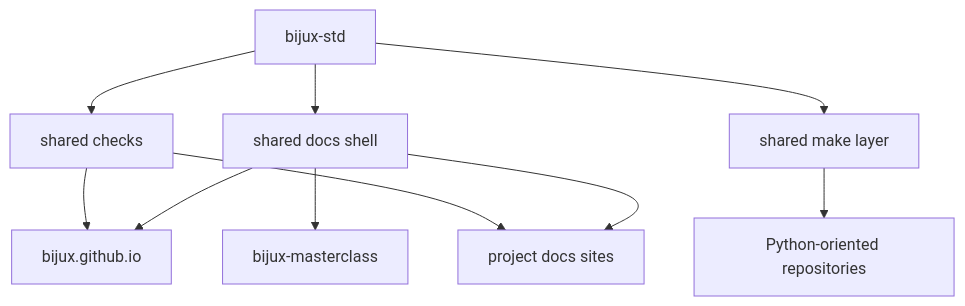
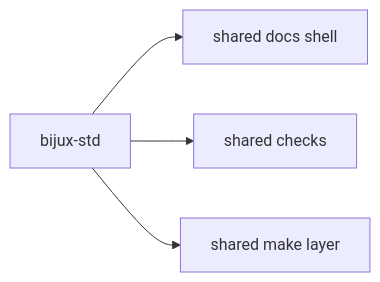
The diagram in docs/03-bijux-std/index.md (bijux/bijux.github.io), drawn with Mermaid before and after one commit. The commit also changed 2 other files, not shown here.

Commit message:
docs(branches): simplify the foundation branch openings

````diff
--- a/docs/03-bijux-std/index.md
+++ b/docs/03-bijux-std/index.md
@@ -85,15 +85,6 @@
 ```mermaid
-graph TD
+graph LR
     std["bijux-std"] --> shell["shared docs shell"]
     std --> checks["shared checks"]
     std --> makes["shared make layer"]
-
-    shell --> hub["bijux.github.io"]
-    shell --> projectdocs["project docs sites"]
-    shell --> masterclass["bijux-masterclass"]
-
-    checks --> hub
-    checks --> projectdocs
-
-    makes --> repos["Python-oriented repositories"]
 ```
````
